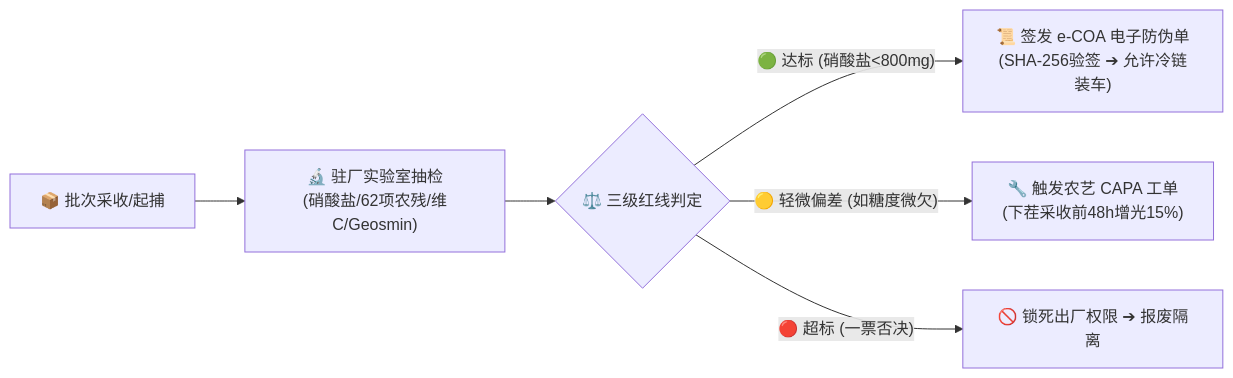
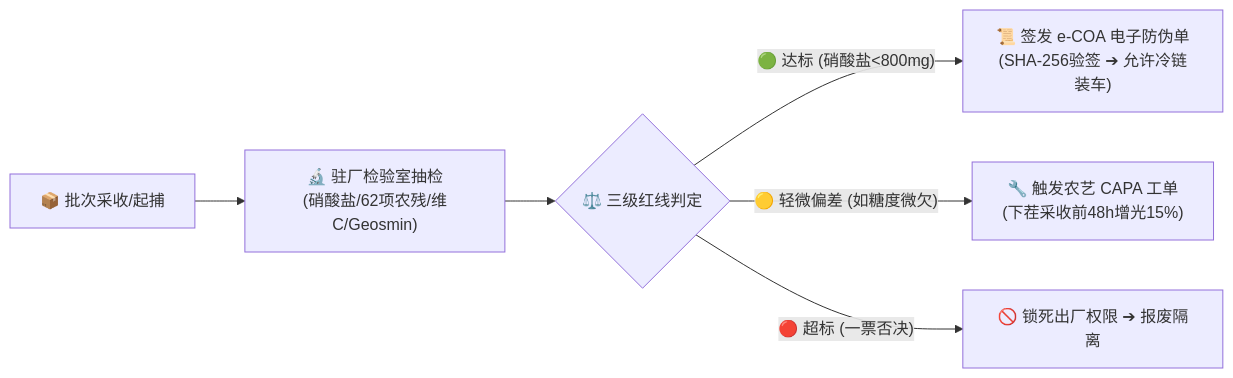
One commit to digitalboy/aquaponics changed the fifth of 7 diagrams in docs/03_system_architecture/01_系统宏观架构设计.md. Above: the diagram before and after it, drawn with Mermaid. The commit also changed 14 other files, not shown here.

````diff
--- a/docs/03_system_architecture/01_系统宏观架构设计.md
+++ b/docs/03_system_architecture/01_系统宏观架构设计.md
@@ -217,9 +217,9 @@
 ```mermaid
 flowchart LR
-    Harvest["📦 批次采收/起捕"] --> LabSample["🔬 驻厂实验室抽检<br>(硝酸盐/62项农残/维C/Geosmin)"]
+    Harvest["📦 批次采收/起捕"] --> LabSample["🔬 驻厂检验室抽检<br>(硝酸盐/62项农残/维C/Geosmin)"]
     LabSample --> Judgement{"⚖️ 三级红线判定"}
     
     Judgement -->|"🟢 达标 (硝酸盐<800mg)"| EcoaPass["📜 签发 e-COA 电子防伪单<br>(SHA-256验签 ➔ 允许冷链装车)"]
     Judgement -->|"🟡 轻微偏差 (如糖度微欠)"| CAPA["🔧 触发农艺 CAPA 工单<br>(下茬采收前48h增光15%)"]
     Judgement -->|"🔴 超标 (一票否决)"| Block["🚫 锁死出厂权限 ➔ 报废隔离"]
 ```
````
